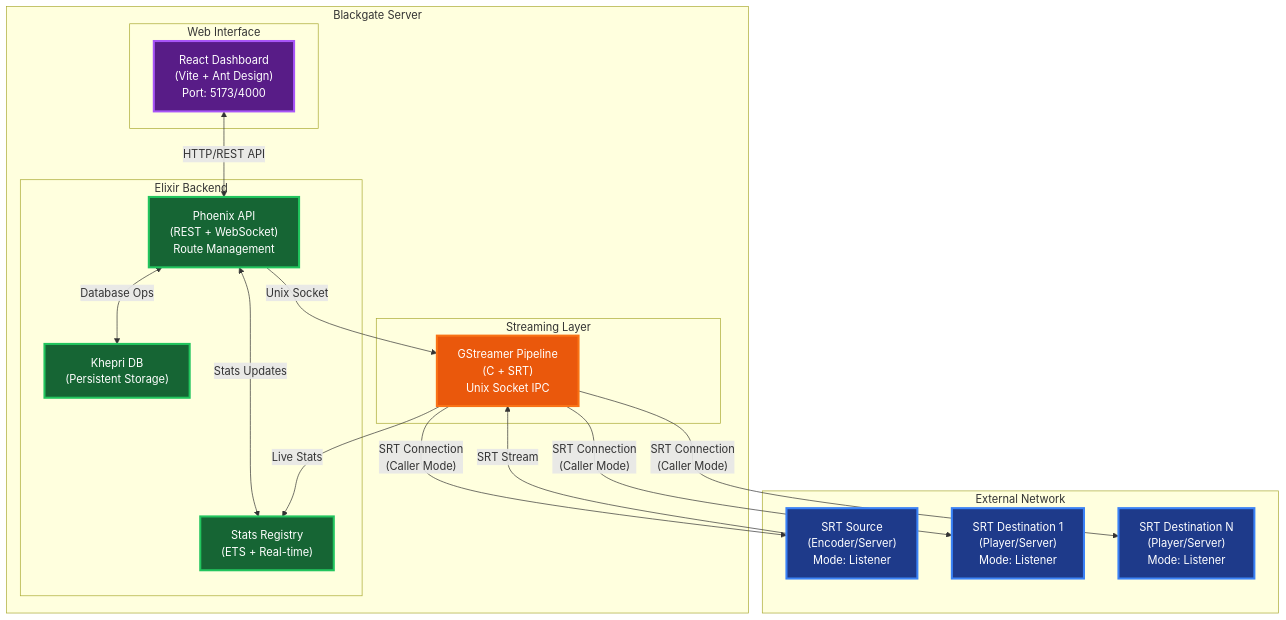
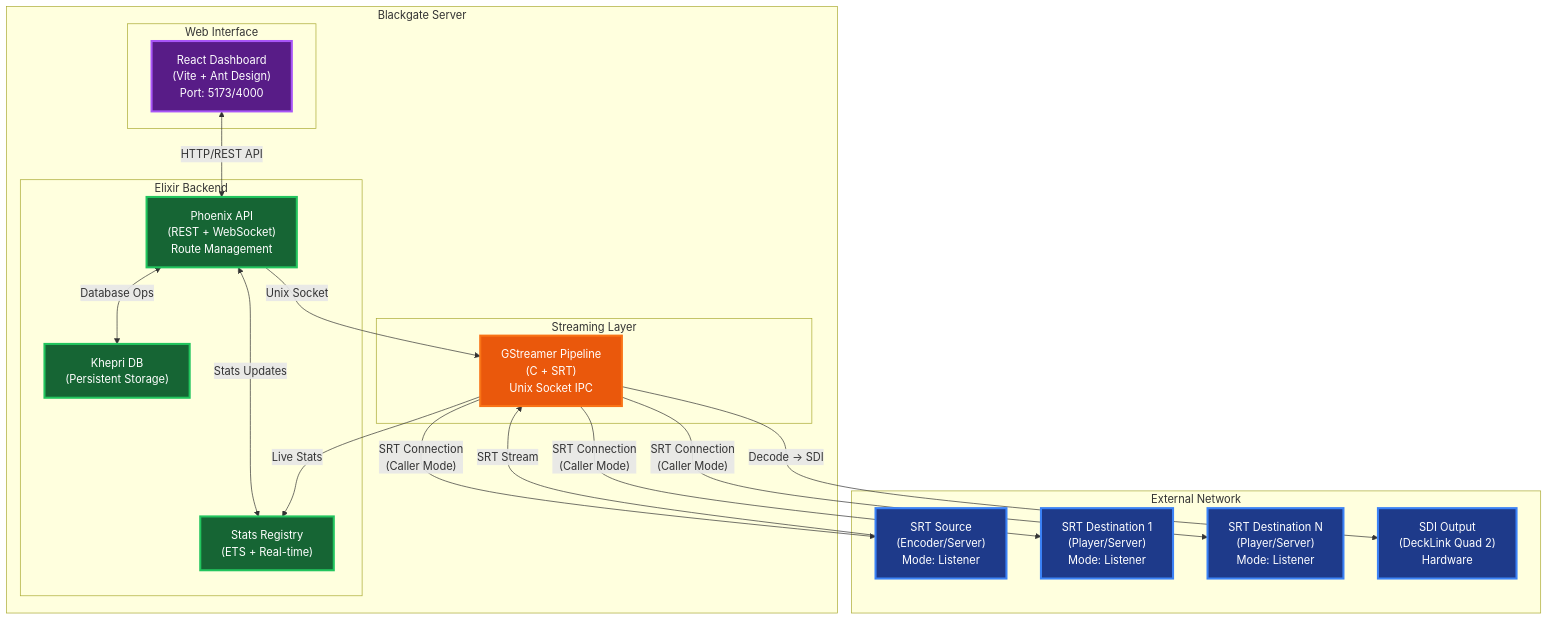
Before and after one commit to visual-alchemy/blackgate-project: the second of 2 diagrams in README.md, drawn with Mermaid. The commit also changed other lines of this file, not shown here.

Commit message:
docs: update README with SDI output, Event Log, systemd service, and current state

````diff
--- a/README.md
+++ b/README.md
@@ -130,45 +145,47 @@
 ```mermaid
 graph TB
     subgraph "Blackgate Server"
         subgraph "Web Interface"
             A["React Dashboard<br/>(Vite + Ant Design)<br/>Port: 5173/4000"]
         end
         
         subgraph "Elixir Backend"
             B["Phoenix API<br/>(REST + WebSocket)<br/>Route Management"]
             C["Stats Registry<br/>(ETS + Real-time)"]
             D["Khepri DB<br/>(Persistent Storage)"]
         end
         
         subgraph "Streaming Layer"
             E["GStreamer Pipeline<br/>(C + SRT)<br/>Unix Socket IPC"]
         end
     end
     
     subgraph "External Network"
         F["SRT Source<br/>(Encoder/Server)<br/>Mode: Listener"]
         G["SRT Destination 1<br/>(Player/Server)<br/>Mode: Listener"]
         H["SRT Destination N<br/>(Player/Server)<br/>Mode: Listener"]
+        I["SDI Output<br/>(DeckLink Quad 2)<br/>Hardware"]
     end
     
     E -->|"SRT Connection<br/>(Caller Mode)"| F
     F -->|"SRT Stream"| E
     E -->|"SRT Connection<br/>(Caller Mode)"| G
     E -->|"SRT Connection<br/>(Caller Mode)"| H
+    E -->|"Decode → SDI"| I
     
     A <-->|"HTTP/REST API"| B
     B <-->|"Database Ops"| D
     B <-->|"Stats Updates"| C
     B -->|"Unix Socket"| E
     E -->|"Live Stats"| C
     
     classDef external fill:#1e3a8a,stroke:#3b82f6,stroke-width:3px,color:#ffffff
     classDef ui fill:#581c87,stroke:#a855f7,stroke-width:3px,color:#ffffff
     classDef backend fill:#166534,stroke:#22c55e,stroke-width:3px,color:#ffffff
     classDef streaming fill:#ea580c,stroke:#f97316,stroke-width:3px,color:#ffffff
     
-    class F,G,H external
+    class F,G,H,I external
     class A ui
     class B,C,D backend
     class E streaming
 ```
````
